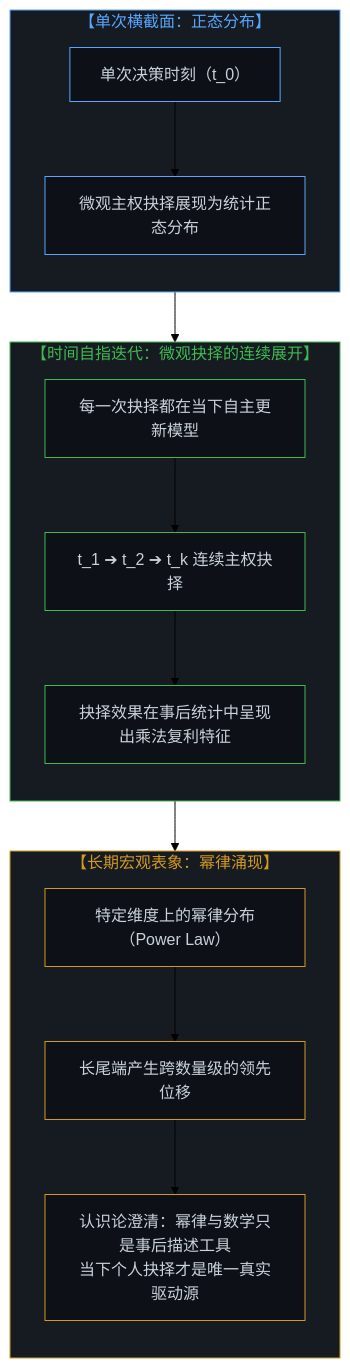
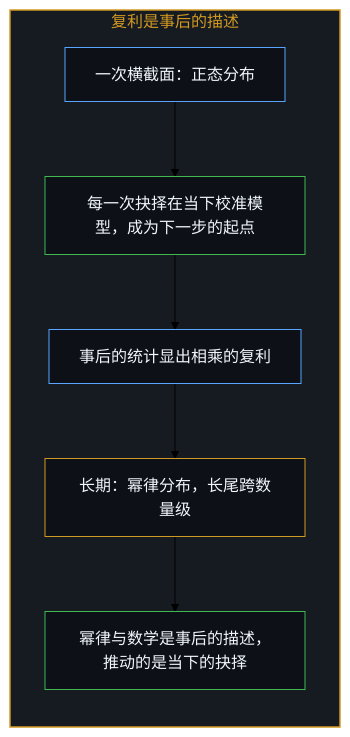
One commit to powerpig99/not-a-toe changed the fifth of 12 diagrams in content/posts/the-two-sided-nature-of-sovereign-choice-and-the-objectification-of-observation.md. Above: the diagram before and after it, drawn with Mermaid (forest theme). The commit also changed other lines of this file and 2 other files, not shown here.

Commit message:
Refine the-two-sided-nature-of-sovereign-choice: alternating bilingual layout, six paired diagrams, the outer face as signal and as definition, implicit first person

````diff
--- a/content/posts/the-two-sided-nature-of-sovereign-choice-and-the-objectification-of-observation.md
+++ b/content/posts/the-two-sided-nature-of-sovereign-choice-and-the-objectification-of-observation.md
@@ -122,40 +151,22 @@
 ```mermaid
-graph TD
-    subgraph S_Static["【单次横截面：正态分布】"]
+flowchart TD
+    subgraph S_Compound["复利是事后的描述"]
         direction TB
-        N1["单次决策时刻（t_0）"]
-        N2["微观主权抉择展现为统计正态分布"]
-        N1 --> N2
+        Slice["一次横截面：正态分布"]
+        Iter["每一次抉择在当下校准模型，成为下一步的起点"]
+        Mult["事后的统计显出相乘的复利"]
+        Power["长期：幂律分布，长尾跨数量级"]
+        Desc["幂律与数学是事后的描述，推动的是当下的抉择"]
+        Slice --> Iter
+        Iter --> Mult
+        Mult --> Power
+        Power --> Desc
     end
 
-    subgraph S_Dynamic["【时间自指迭代：微观抉择的连续展开】"]
-        direction TB
-        C1["每一次抉择都在当下自主更新模型"]
-        C2["t_1 ➔ t_2 ➔ t_k 连续主权抉择"]
-        C3["抉择效果在事后统计中呈现出乘法复利特征"]
-        C1 --> C2 --> C3
-    end
-
-    subgraph S_PowerLaw["【长期宏观表象：幂律涌现】"]
-        direction TB
-        P1["特定维度上的幂律分布（Power Law）"]
-        P2["长尾端产生跨数量级的领先位移"]
-        P3["认识论澄清：幂律与数学只是事后描述工具<br>当下个人抉择才是唯一真实驱动源"]
-        P1 --> P2 --> P3
-    end
-
-    N2 --> C1
-    C3 --> P1
-
-    style S_Static fill:#161b22,stroke:#58a6ff,stroke-width:1px,color:#58a6ff
-    style S_Dynamic fill:#161b22,stroke:#3fb950,stroke-width:1px,color:#3fb950
-    style S_PowerLaw fill:#161b22,stroke:#d29922,stroke-width:1px,color:#d29922
-    style N1 fill:#0d1117,stroke:#58a6ff,stroke-width:1px,color:#c9d1d9
-    style N2 fill:#0d1117,stroke:#58a6ff,stroke-width:1px,color:#c9d1d9
-    style C1 fill:#0d1117,stroke:#3fb950,stroke-width:1px,color:#c9d1d9
-    style C2 fill:#0d1117,stroke:#3fb950,stroke-width:1px,color:#c9d1d9
-    style C3 fill:#0d1117,stroke:#3fb950,stroke-width:1px,color:#c9d1d9
-    style P1 fill:#0d1117,stroke:#d29922,stroke-width:1px,color:#c9d1d9
-    style P2 fill:#0d1117,stroke:#d29922,stroke-width:1px,color:#c9d1d9
-    style P3 fill:#0d1117,stroke:#d29922,stroke-width:1px,color:#c9d1d9
+    style S_Compound fill:#161b22,stroke:#d29922,stroke-width:1.5px,color:#d29922
+    style Slice fill:#0d1117,stroke:#58a6ff,stroke-width:1px,color:#f0f6fc
+    style Iter fill:#0d1117,stroke:#3fb950,stroke-width:1px,color:#f0f6fc
+    style Mult fill:#0d1117,stroke:#58a6ff,stroke-width:1px,color:#f0f6fc
+    style Power fill:#0d1117,stroke:#d29922,stroke-width:1px,color:#f0f6fc
+    style Desc fill:#0d1117,stroke:#3fb950,stroke-width:1px,color:#f0f6fc
 ```
````
